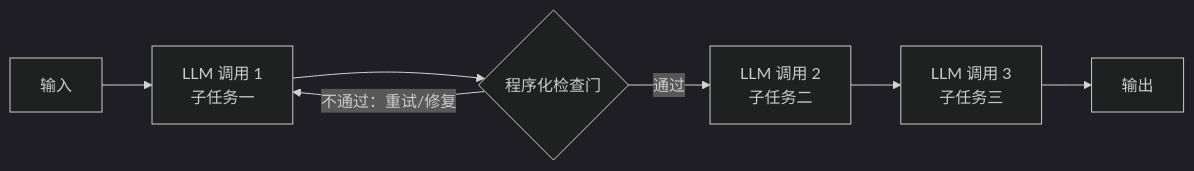
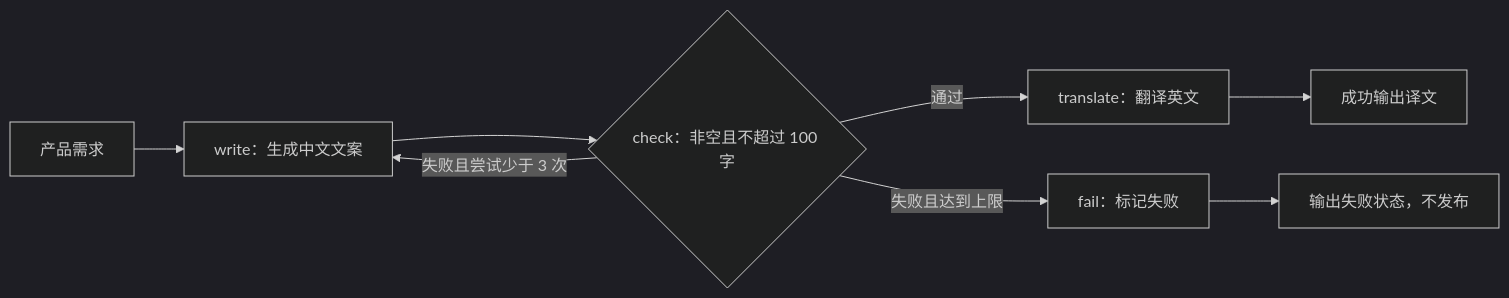
Before and after one commit to AI-Redfish/Agent: the first of 8 diagrams in 04.Agent开发/05.multiAgent/01.多智能体系统设计.md, drawn with Mermaid (dark theme). The commit also changed other lines of this file and 12 other files, not shown here.

````diff
--- a/04.Agent开发/05.multiAgent/01.多智能体系统设计.md
+++ b/04.Agent开发/05.multiAgent/01.多智能体系统设计.md
@@ -39,9 +29,10 @@
 ```mermaid
 flowchart LR
-    IN["输入"] --> S1["LLM 调用 1<br/>子任务一"]
-    S1 --> G{"程序化检查门"}
-    G -->|"通过"| S2["LLM 调用 2<br/>子任务二"]
-    G -->|"不通过：重试/修复"| S1
-    S2 --> S3["LLM 调用 3<br/>子任务三"]
-    S3 --> OUT["输出"]
+    IN["产品需求"] --> W["write：生成中文文案"]
+    W --> C{"check：非空且不超过 100 字"}
+    C -->|"通过"| T["translate：翻译英文"]
+    C -->|"失败且尝试少于 3 次"| W
+    C -->|"失败且达到上限"| F["fail：标记失败"]
+    T --> OUT["成功输出译文"]
+    F --> ERR["输出失败状态，不发布"]
 ```
````
